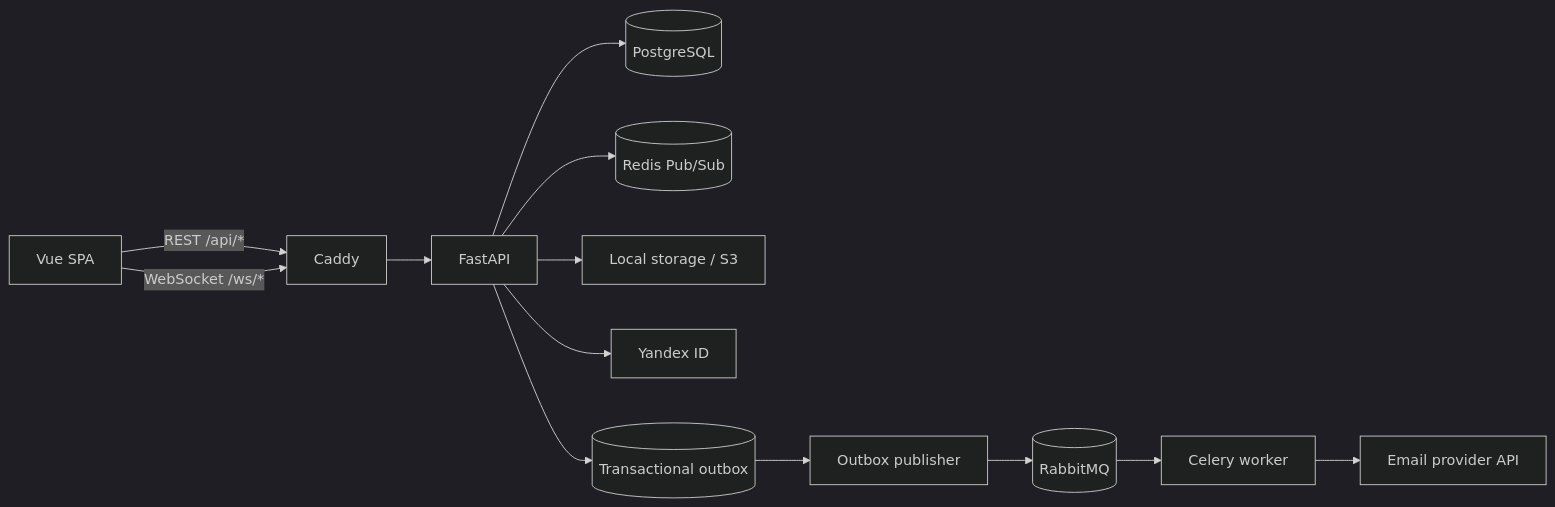
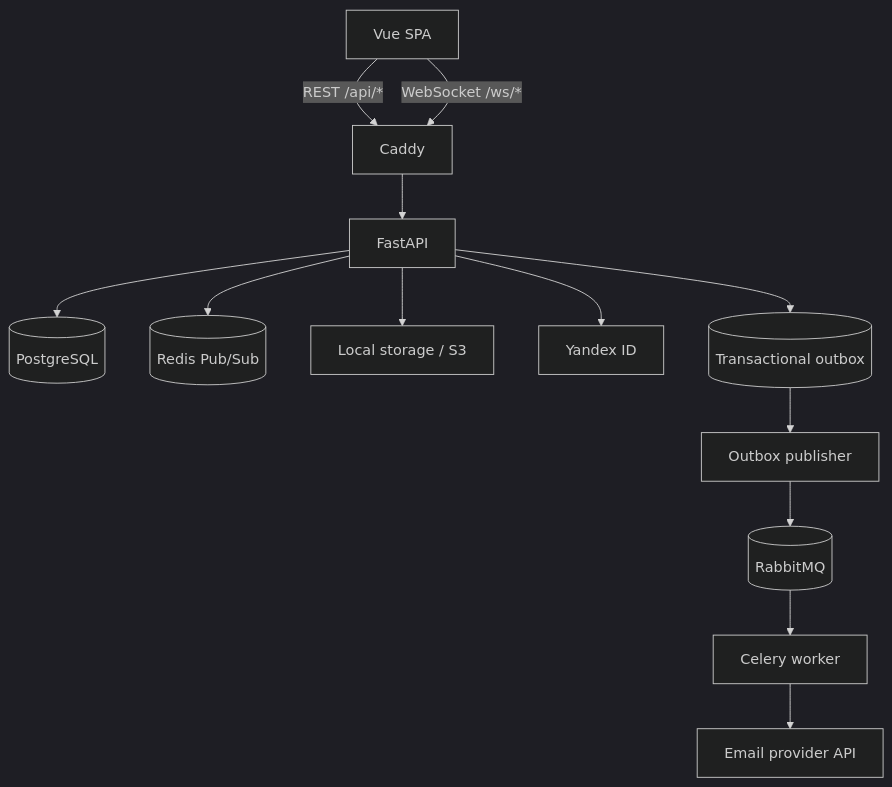
One commit to Ilm1n/Kantano changed the first of 2 diagrams in README.md. Above: the diagram before and after it, drawn with Mermaid (dark theme). The commit also changed other lines of this file and 6 other files, not shown here.

First line of the commit message:
docs(observability): document operations and architecture

````diff
--- a/README.md
+++ b/README.md
@@ -35,15 +36,15 @@
 ```mermaid
-flowchart LR
+flowchart TB
     browser["Vue SPA"] -->|"REST /api/*"| gateway["Caddy"]
     browser -->|"WebSocket /ws/*"| gateway
     gateway --> api["FastAPI"]
     api --> db[("PostgreSQL")]
     api --> redis[("Redis Pub/Sub")]
     api --> storage["Local storage / S3"]
     api --> yandex["Yandex ID"]
     api --> outbox[("Transactional outbox")]
     outbox --> publisher["Outbox publisher"]
     publisher --> rabbit[("RabbitMQ")]
     rabbit --> worker["Celery worker"]
     worker --> email["Email provider API"]
 ```
````
